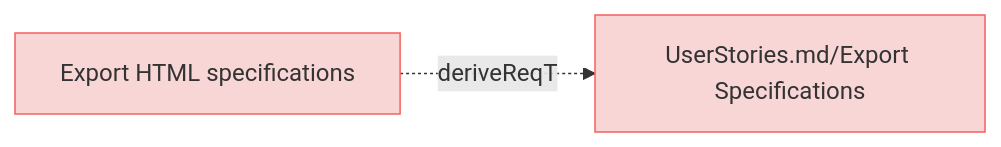
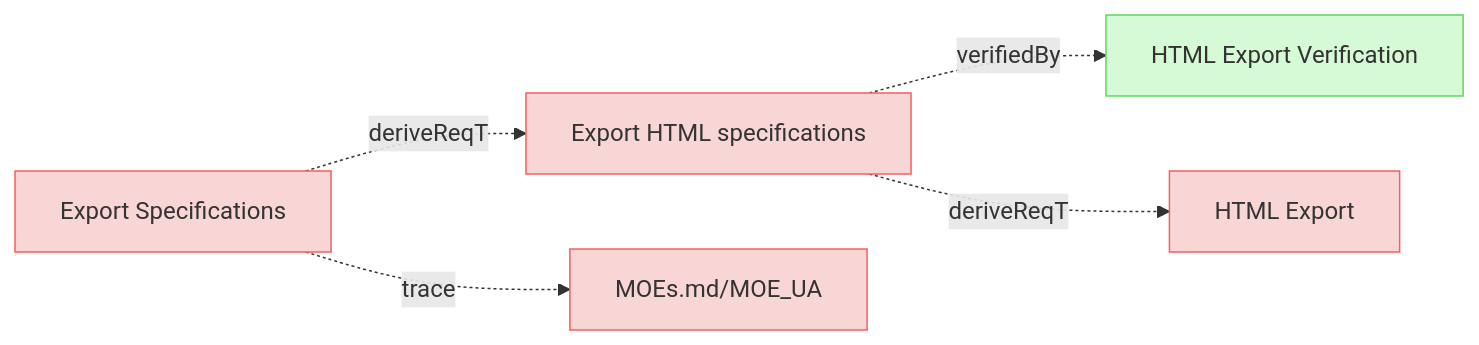
The seventh of 9 diagrams in specifications/UserRequirements.md (reqvire-org/reqvire), drawn with Mermaid before and after one commit. The commit also changed other lines of this file and 27 other files, not shown here.

Commit message:
Diagrams update.X

````diff
--- a/specifications/UserRequirements.md
+++ b/specifications/UserRequirements.md
@@ -510,16 +714,28 @@
 ```mermaid
 graph LR;
   %% Graph styling
   classDef requirement fill:#f9d6d6,stroke:#f55f5f,stroke-width:1px;
   classDef verification fill:#d6f9d6,stroke:#5fd75f,stroke-width:1px;
   classDef externalLink fill:#d0e0ff,stroke:#3080ff,stroke-width:1px;
   classDef default fill:#f5f5f5,stroke:#333333,stroke-width:1px;
 
   a4c40962cac85d0c["Export HTML specifications"];
   class a4c40962cac85d0c requirement;
   click a4c40962cac85d0c "UserRequirements.md#export-html-specifications";
-  b3b899678f557ee9["UserStories.md/Export Specifications"];
+  14ef985b9a43174e["HTML Export Verification"];
+  class 14ef985b9a43174e verification;
+  click 14ef985b9a43174e "Verifications/Misc.md#html-export-verification";
+  a4c40962cac85d0c -.->|verifiedBy| 14ef985b9a43174e;
+  5deb63503bdf77c["HTML Export"];
+  class 5deb63503bdf77c requirement;
+  click 5deb63503bdf77c "SystemRequirements/Requirements.md#html-export";
+  a4c40962cac85d0c -.->|deriveReqT| 5deb63503bdf77c;
+  b3b899678f557ee9["Export Specifications"];
   class b3b899678f557ee9 requirement;
   click b3b899678f557ee9 "UserStories.md#export-specifications";
-  a4c40962cac85d0c -.->|deriveReqT| b3b899678f557ee9;
+  2c5f30f14e792200["MOEs.md/MOE_UA"];
+  class 2c5f30f14e792200 requirement;
+  click 2c5f30f14e792200 "MOEs.md#moe_ua";
+  b3b899678f557ee9 -.->|trace| 2c5f30f14e792200;
+  b3b899678f557ee9 -.->|deriveReqT| a4c40962cac85d0c;
 ```
````
